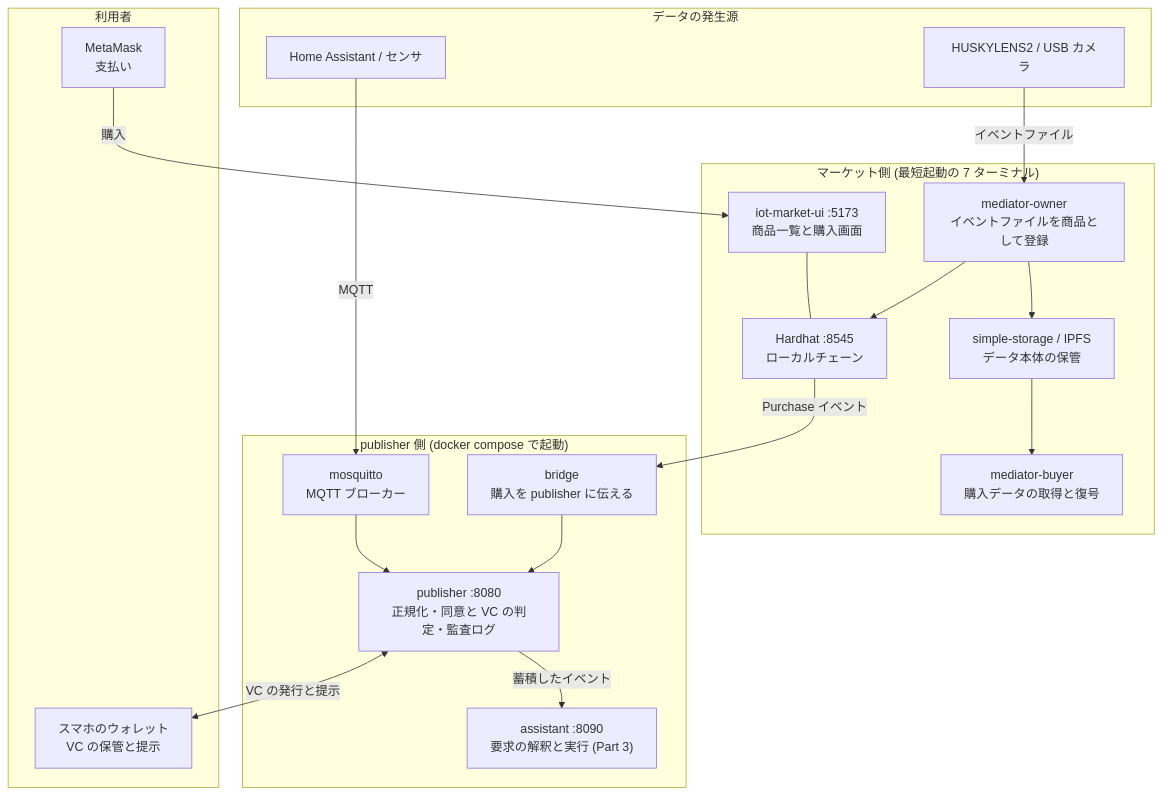
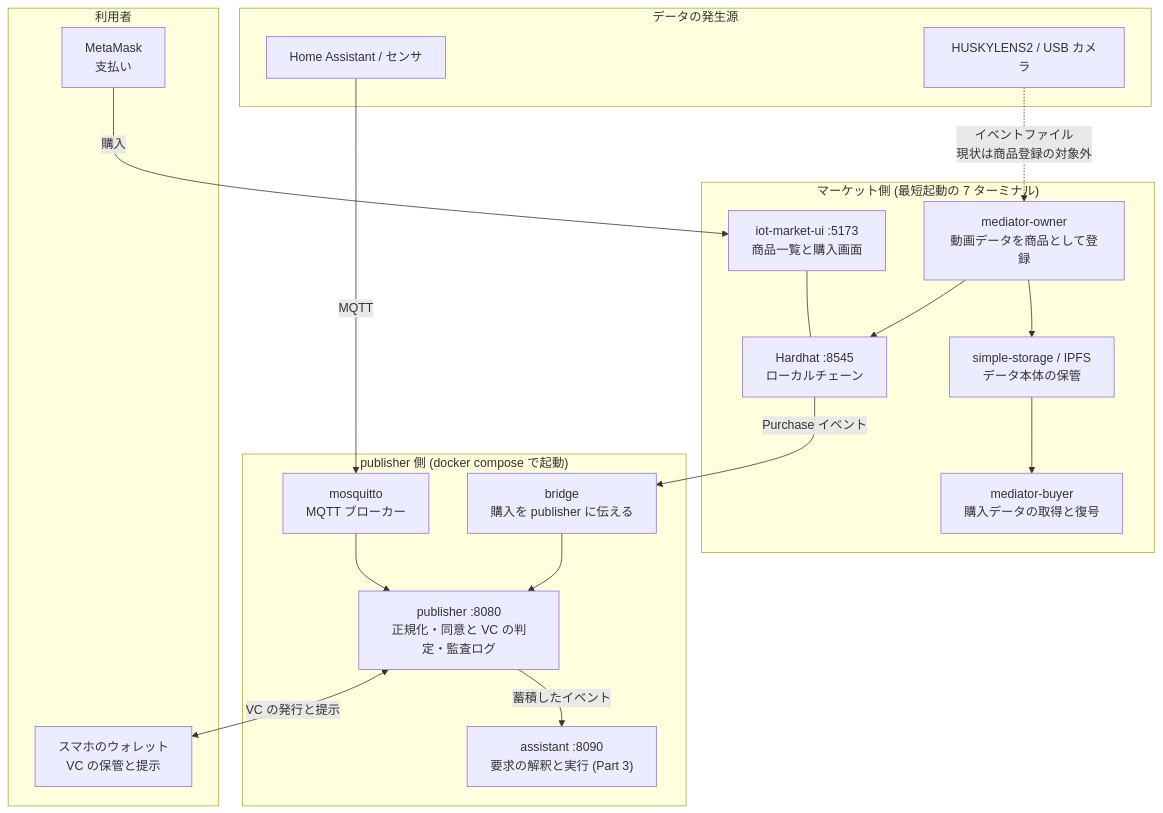
One commit to ertlnagoya/iw3ip.github.io changed the diagram in docs/index.md. Above: the diagram before and after it, drawn with Mermaid. The commit also changed 10 other files, not shown here.

Commit message:
docs: 商品登録に関する残りの記述と全体構成図を実際の挙動に合わせる

````diff
--- a/docs/index.md
+++ b/docs/index.md
@@ -37,34 +37,34 @@
 ```mermaid
 flowchart TB
   subgraph DEV["データの発生源"]
     HA["Home Assistant / センサ"]
     CAM["HUSKYLENS2 / USB カメラ"]
   end
   subgraph PUB["publisher 側 (docker compose で起動)"]
     MQ["mosquitto<br/>MQTT ブローカー"]
     P["publisher :8080<br/>正規化・同意と VC の判定・監査ログ"]
     BR["bridge<br/>購入を publisher に伝える"]
     AS["assistant :8090<br/>要求の解釈と実行 (Part 3)"]
   end
   subgraph MKT["マーケット側 (最短起動の 7 ターミナル)"]
-    MO["mediator-owner<br/>イベントファイルを商品として登録"]
+    MO["mediator-owner<br/>動画データを商品として登録"]
     HH["Hardhat :8545<br/>ローカルチェーン"]
     ST["simple-storage / IPFS<br/>データ本体の保管"]
     UI["iot-market-ui :5173<br/>商品一覧と購入画面"]
     MB["mediator-buyer<br/>購入データの取得と復号"]
   end
   subgraph USER["利用者"]
     MM["MetaMask<br/>支払い"]
     W["スマホのウォレット<br/>VC の保管と提示"]
   end
   HA -->|MQTT| MQ --> P
-  CAM -->|イベントファイル| MO
+  CAM -.->|イベントファイル<br/>現状は商品登録の対象外| MO
   MO --> HH
   MO --> ST
   UI --- HH
   MM -->|購入| UI
   ST --> MB
   HH -->|Purchase イベント| BR --> P
   P <-->|VC の発行と提示| W
   P -->|蓄積したイベント| AS
 ```
````
